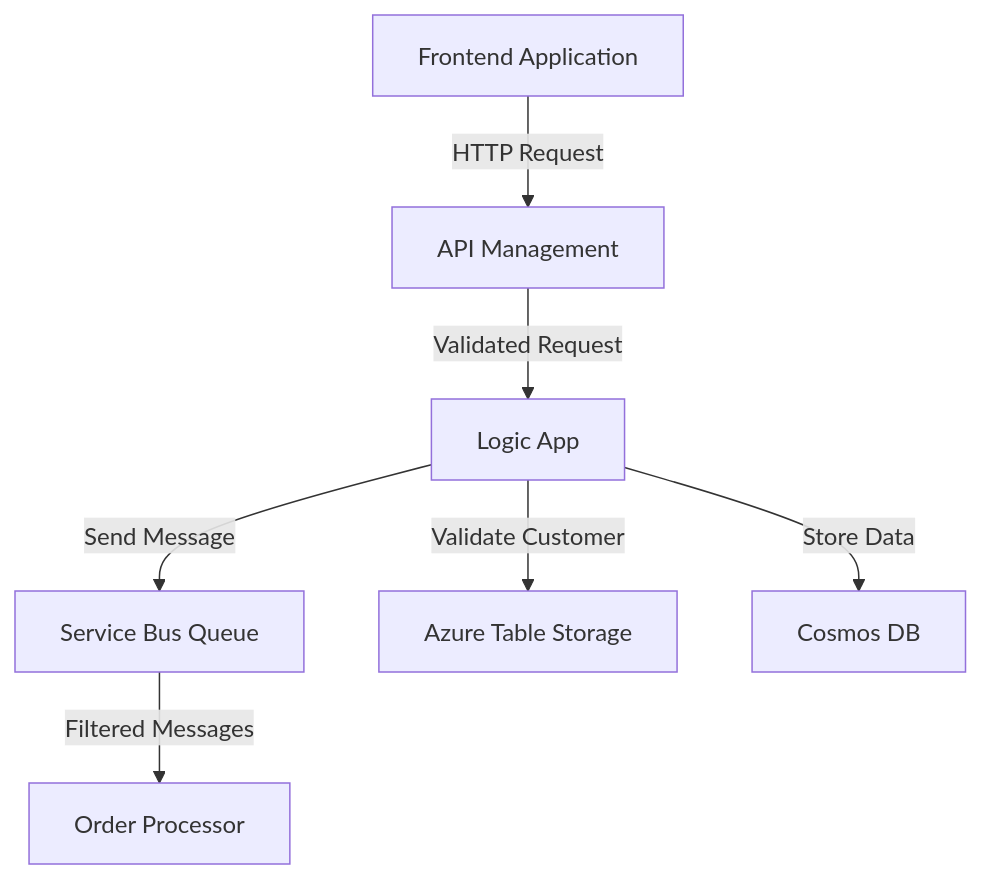
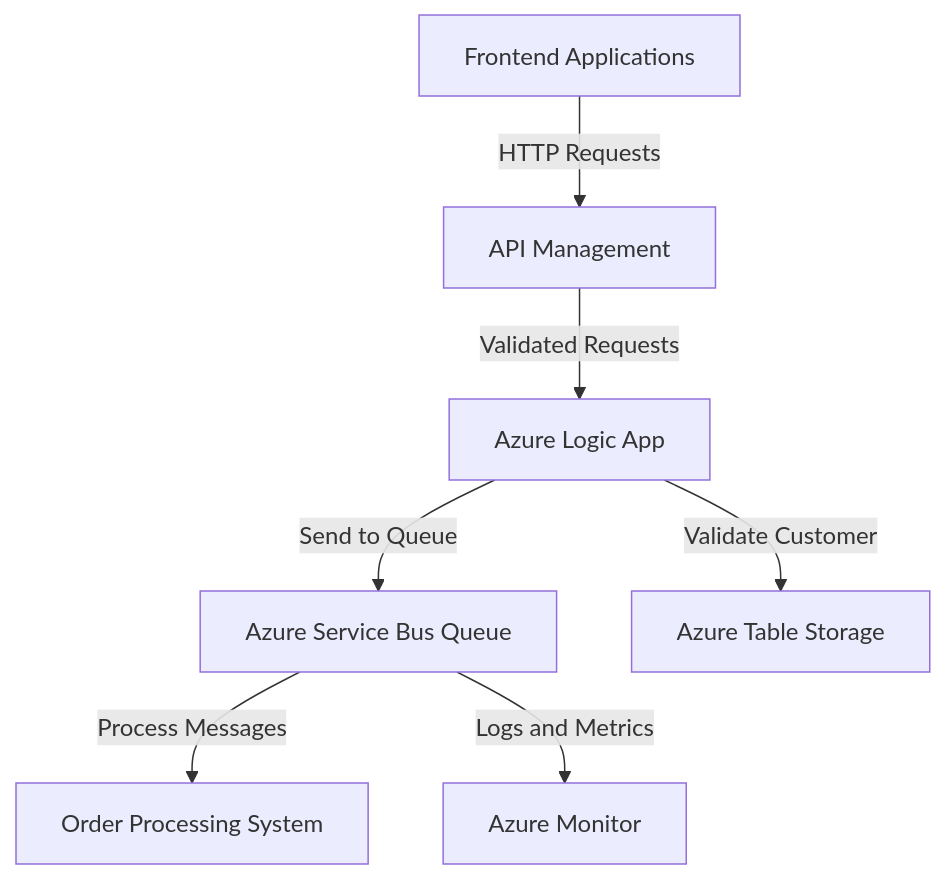
One commit to mayankgupta7673/azure-pr-docs-agent changed the diagram in docs/azure/pr-1-azure-integrations.md. Above: the diagram before and after it, drawn with Mermaid. The commit also changed other lines of this file, not shown here.

Commit message:
docs: auto-generated Azure integration documentation [skip ci]

````diff
--- a/docs/azure/pr-1-azure-integrations.md
+++ b/docs/azure/pr-1-azure-integrations.md
@@ -116,9 +102,9 @@
 ```mermaid
 graph TD
-    A[Frontend Application] -->|HTTP Request| B[API Management]
-    B -->|Validated Request| C[Logic App]
-    C -->|Send Message| D[Service Bus Queue]
-    D -->|Filtered Messages| E[Order Processor]
+    A[Frontend Applications] -->|HTTP Requests| B[API Management]
+    B -->|Validated Requests| C[Azure Logic App]
+    C -->|Send to Queue| D[Azure Service Bus Queue]
+    D -->|Process Messages| E[Order Processing System]
     C -->|Validate Customer| F[Azure Table Storage]
-    C -->|Store Data| G[Cosmos DB]
+    D -->|Logs and Metrics| G[Azure Monitor]
 ```
````
